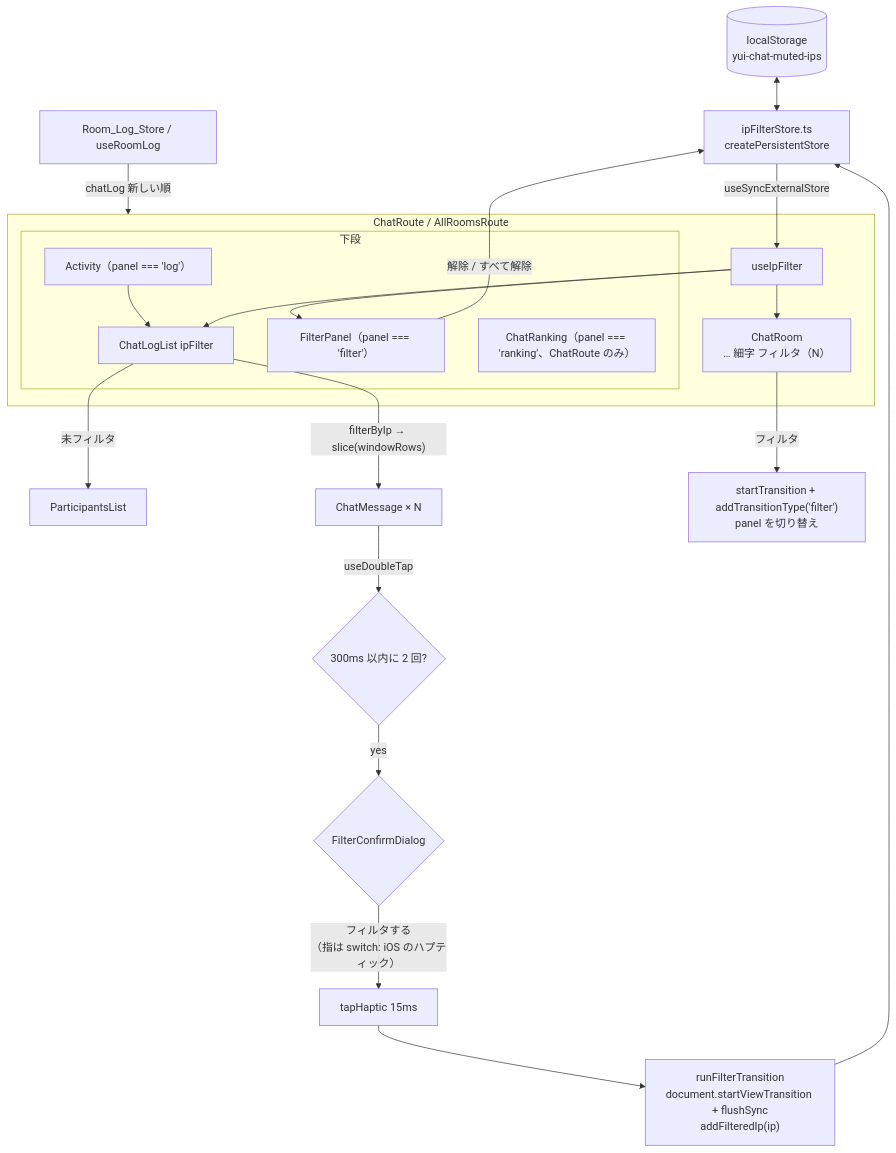
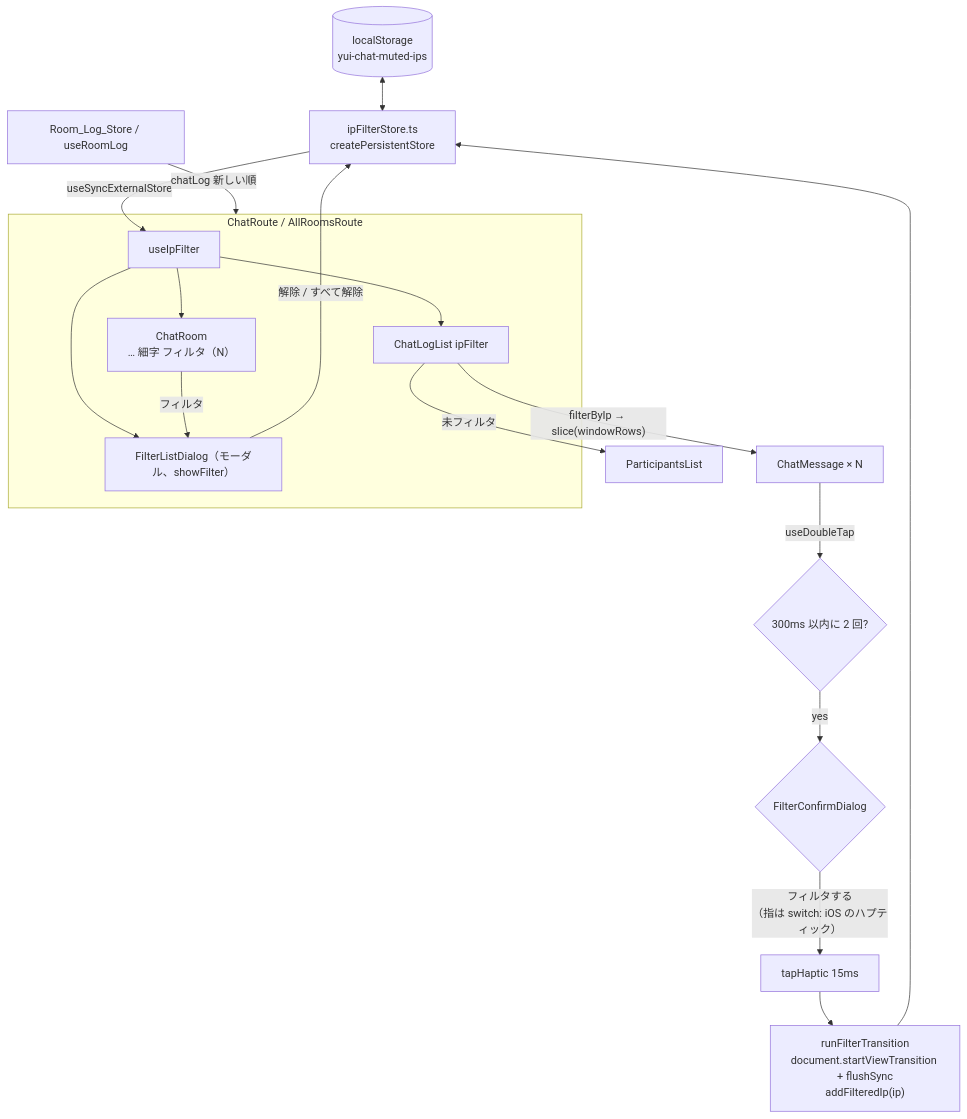
One commit to isrnao/yui-chat-ts changed the diagram in .kiro/specs/chat-ip-mute/design.md. Above: the diagram before and after it, drawn with Mermaid. The commit also changed other lines of this file and 18 other files, not shown here.

````diff
--- a/.kiro/specs/chat-ip-mute/design.md
+++ b/.kiro/specs/chat-ip-mute/design.md
@@ -30,27 +30,24 @@
 ```mermaid
 flowchart TD
   LS[(localStorage<br/>yui-chat-muted-ips)] <--> FS[ipFilterStore.ts<br/>createPersistentStore]
   FS -- useSyncExternalStore --> UF[useIpFilter]
   RLS[Room_Log_Store / useRoomLog] -- chatLog 新しい順 --> Route
   subgraph Route[ChatRoute / AllRoomsRoute]
     UF
     CR[ChatRoom<br/>… 細字 フィルタ（N）]
-    subgraph Bottom[下段]
-      ACT["Activity（panel === 'log'）"] --> CLL[ChatLogList ipFilter]
-      FP["FilterPanel（panel === 'filter'）"]
-      RK["ChatRanking（panel === 'ranking'、ChatRoute のみ）"]
-    end
+    CLL[ChatLogList ipFilter]
+    FD["FilterListDialog（モーダル、showFilter）"]
   end
   UF --> CR
   UF --> CLL
-  UF --> FP
+  UF --> FD
   CLL -- 未フィルタ --> PL[ParticipantsList]
   CLL -- filterByIp → slice(windowRows) --> CM[ChatMessage × N]
   CM -- useDoubleTap --> DT{300ms 以内に 2 回?}
   DT -- yes --> C{FilterConfirmDialog}
   C -- フィルタする<br/>（指は switch: iOS のハプティック） --> V[tapHaptic 15ms]
   V --> T["runFilterTransition<br/>document.startViewTransition + flushSync<br/>addFilteredIp(ip)"]
   T --> FS
-  FP -- 解除 / すべて解除 --> FS
-  CR -- フィルタ --> P["startTransition + addTransitionType('filter')<br/>panel を切り替え"]
+  FD -- 解除 / すべて解除 --> FS
+  CR -- フィルタ --> FD
 ```
````
